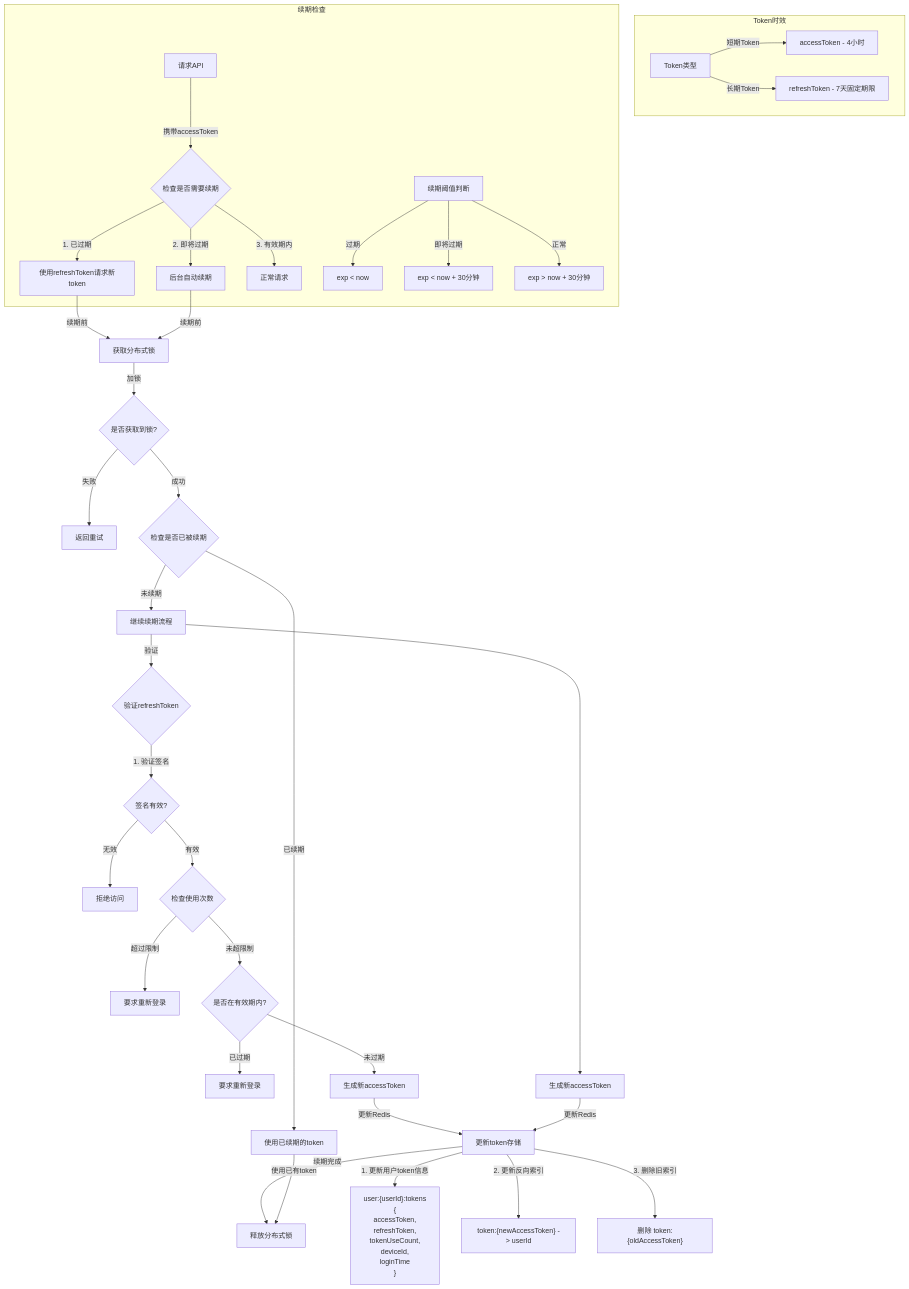
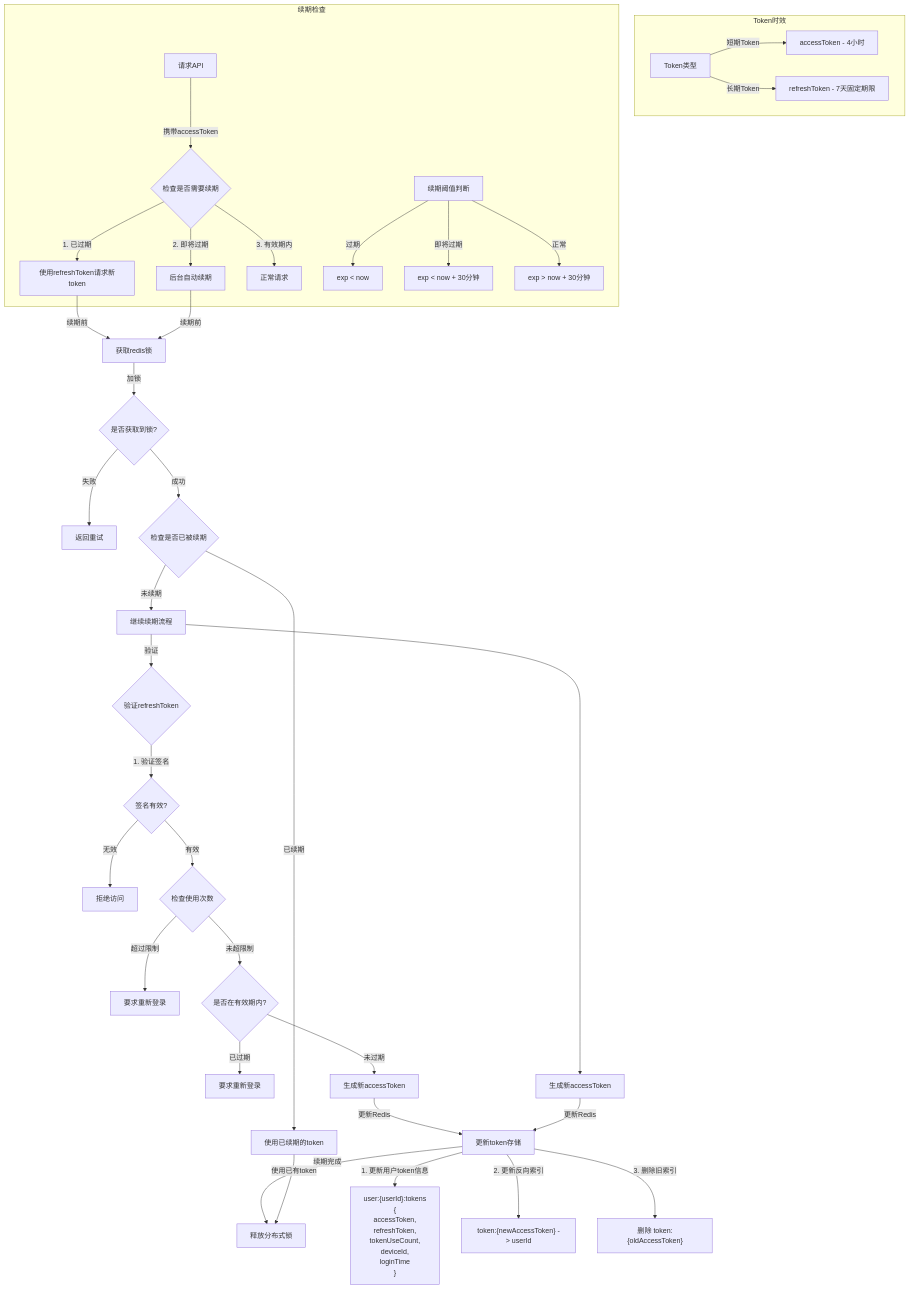
Before and after one commit to yingjianzh/iodraw-files: the diagram in all/考虑修改-15.md, drawn with Mermaid.

Commit message:
2025-01-03 09:34:32 update

````diff
--- a/all/考虑修改-15.md
+++ b/all/考虑修改-15.md
@@ -1,56 +1,56 @@
 ```mermaid
 flowchart TD
     subgraph Token时效
         A[Token类型] -->|短期Token| B[accessToken - 4小时]
         A -->|长期Token| C[refreshToken - 7天固定期限]
     end
 
     subgraph 续期检查
         F[请求API] -->|携带accessToken| G{检查是否需要续期}
         G -->|1. 已过期| H[使用refreshToken请求新token]
         G -->|2. 即将过期| I[后台自动续期]
         G -->|3. 有效期内| J[正常请求]
         
         %% 续期阈值判断
         K[续期阈值判断]
         K -->|过期| L[exp < now]
         K -->|即将过期| M[exp < now + 30分钟]
         K -->|正常| N[exp > now + 30分钟]
     end
 
-    H & I -->|续期前| LC[获取分布式锁]
+    H & I -->|续期前| LC[获取redis锁]
     LC -->|加锁| LD{是否获取到锁?}
     LD -->|失败| LE[返回重试]
     LD -->|成功| LF{检查是否已被续期}
     LF -->|已续期| LG[使用已续期的token]
     LF -->|未续期| LH[继续续期流程]   
 
     %% 续期流程
     LH -->|验证| O{验证refreshToken}
     O -->|1. 验证签名| P{签名有效?}
     P -->|无效| Q1[拒绝访问]
     P -->|有效| R{检查使用次数}
     R -->|超过限制| S[要求重新登录]
     R -->|未超限制| T{是否在有效期内?}
     T -->|已过期| U[要求重新登录]
     T -->|未过期| V[生成新accessToken]
     
     LH --> W[生成新accessToken]
     
     %% Redis更新
     V & W -->|更新Redis| X[更新token存储]
     X -->|1. 更新用户token信息| Y["user:{userId}:tokens 
     {
         accessToken,
         refreshToken,
         tokenUseCount,
         deviceId,
         loginTime
     }"]
     X -->|2. 更新反向索引| Z["token:{newAccessToken} -> userId"]
     X -->|3. 删除旧索引| AA["删除 token:{oldAccessToken}"]
 
     %% 释放锁
     X -->|续期完成| LI[释放分布式锁]
     LG -->|使用已有token| LI
 ```
````
